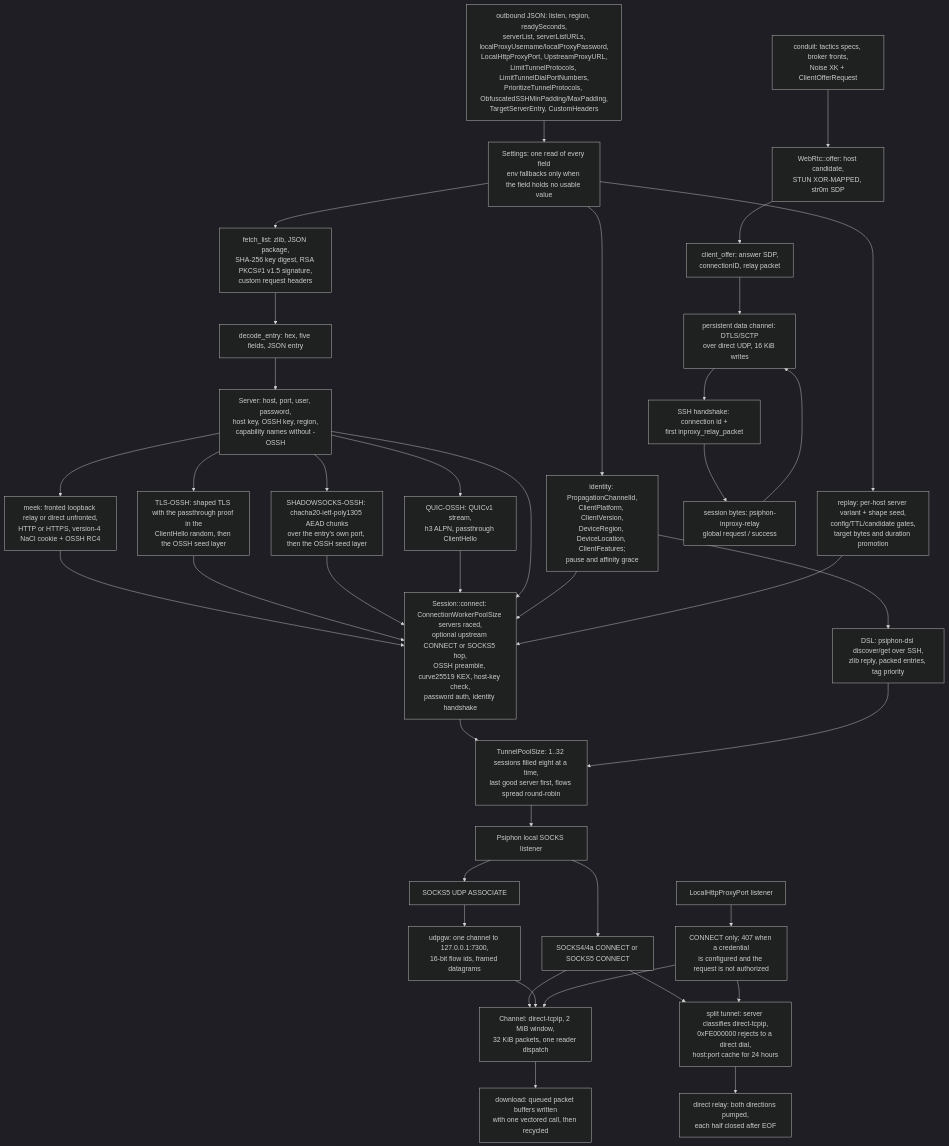
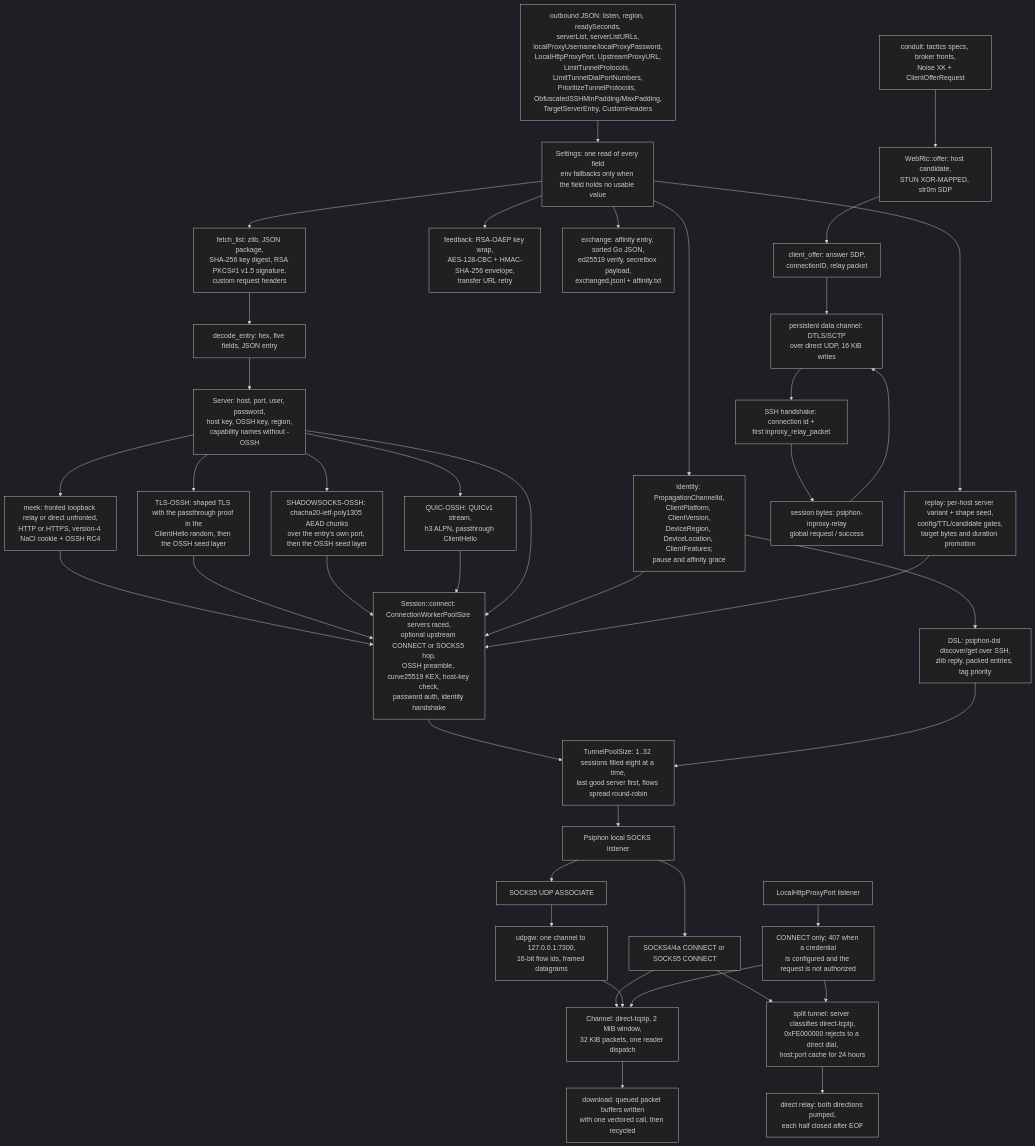
Before and after one commit to Ferrocite/ferrox: the diagram in docs/function/carrier-psiphon.md, drawn with Mermaid (dark theme). The commit also changed other lines of this file and 7 other files, not shown here.

Commit message:
psiphon: upload feedback and exchange signed server entries

````diff
--- a/docs/function/carrier-psiphon.md
+++ b/docs/function/carrier-psiphon.md
@@ -13,41 +15,43 @@
 ```mermaid
 graph TD
     A["outbound JSON: listen, region, readySeconds,<br/>serverList, serverListURLs,<br/>localProxyUsername/localProxyPassword,<br/>LocalHttpProxyPort, UpstreamProxyURL,<br/>LimitTunnelProtocols, LimitTunnelDialPortNumbers,<br/>PrioritizeTunnelProtocols, ObfuscatedSSHMinPadding/MaxPadding,<br/>TargetServerEntry, CustomHeaders"] --> B["Settings: one read of every field<br/>env fallbacks only when the field holds no usable value"]
     B --> C["fetch_list: zlib, JSON package,<br/>SHA-256 key digest, RSA PKCS#1 v1.5 signature,<br/>custom request headers"]
     B --> B2["identity: PropagationChannelId,<br/>ClientPlatform, ClientVersion,<br/>DeviceRegion, DeviceLocation, ClientFeatures;<br/>pause and affinity grace"]
     B --> B3["replay: per-host server variant + shape seed,<br/>config/TTL/candidate gates,<br/>target bytes and duration promotion"]
+    B --> B4["feedback: RSA-OAEP key wrap,<br/>AES-128-CBC + HMAC-SHA-256 envelope,<br/>transfer URL retry"]
+    B --> B5["exchange: affinity entry, sorted Go JSON,<br/>ed25519 verify, secretbox payload,<br/>exchanged.jsonl + affinity.txt"]
     C --> D["decode_entry: hex, five fields, JSON entry"]
     D --> E["Server: host, port, user, password,<br/>host key, OSSH key, region,<br/>capability names without -OSSH"]
     E --> E2["meek: fronted loopback relay or direct unfronted,<br/>HTTP or HTTPS, version-4 NaCl cookie + OSSH RC4"]
     E --> E3["TLS-OSSH: shaped TLS with the passthrough proof in the<br/>ClientHello random, then the OSSH seed layer"]
     E --> E4["SHADOWSOCKS-OSSH: chacha20-ietf-poly1305 AEAD chunks<br/>over the entry's own port, then the OSSH seed layer"]
     E2 --> F
     E3 --> F
     E4 --> F
     E --> E5["QUIC-OSSH: QUICv1 stream,<br/>h3 ALPN, passthrough ClientHello"]
     E5 --> F
     E --> F["Session::connect: ConnectionWorkerPoolSize servers raced,<br/>optional upstream CONNECT or SOCKS5 hop,<br/>OSSH preamble, curve25519 KEX, host-key check,<br/>password auth, identity handshake"]
     B2 --> F
     B3 --> F
     F --> P["TunnelPoolSize: 1..32 sessions filled eight at a time,<br/>last good server first, flows spread round-robin"]
     B2 --> D2["DSL: psiphon-dsl discover/get over SSH,<br/>zlib reply, packed entries, tag priority"]
     D2 --> P
     P --> G["Psiphon local SOCKS listener"]
     G --> H["SOCKS4/4a CONNECT or SOCKS5 CONNECT"]
     H --> I["Channel: direct-tcpip, 2 MiB window,<br/>32 KiB packets, one reader dispatch"]
     H --> I2["split tunnel: server classifies direct-tcpip,<br/>0xFE000000 rejects to a direct dial,<br/>host:port cache for 24 hours"]
     I --> Z["download: queued packet buffers written<br/>with one vectored call, then recycled"]
     I2 --> Z2["direct relay: both directions pumped,<br/>each half closed after EOF"]
     G --> J["SOCKS5 UDP ASSOCIATE"]
     J --> K["udpgw: one channel to 127.0.0.1:7300,<br/>16-bit flow ids, framed datagrams"]
     K --> I
     L["LocalHttpProxyPort listener"] --> M["CONNECT only; 407 when a credential<br/>is configured and the request is not authorized"]
     M --> I
     M --> I2
     N["conduit: tactics specs, broker fronts,<br/>Noise XK + ClientOfferRequest"] --> O["WebRtc::offer: host candidate,<br/>STUN XOR-MAPPED, str0m SDP"]
     O --> Q["client_offer: answer SDP,<br/>connectionID, relay packet"]
     Q --> R["persistent data channel: DTLS/SCTP<br/>over direct UDP, 16 KiB writes"]
     R --> S["SSH handshake: connection id +<br/>first inproxy_relay_packet"]
     S --> T["session bytes: psiphon-inproxy-relay<br/>global request / success"]
     T --> R
 ```
````
